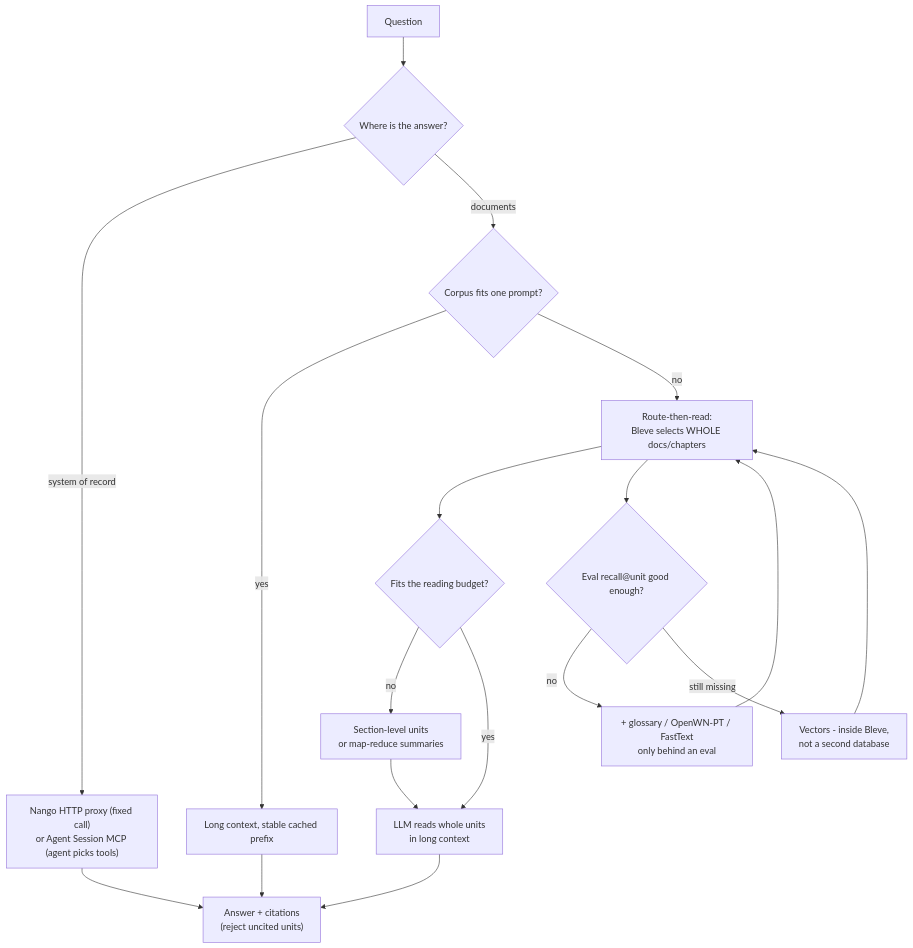
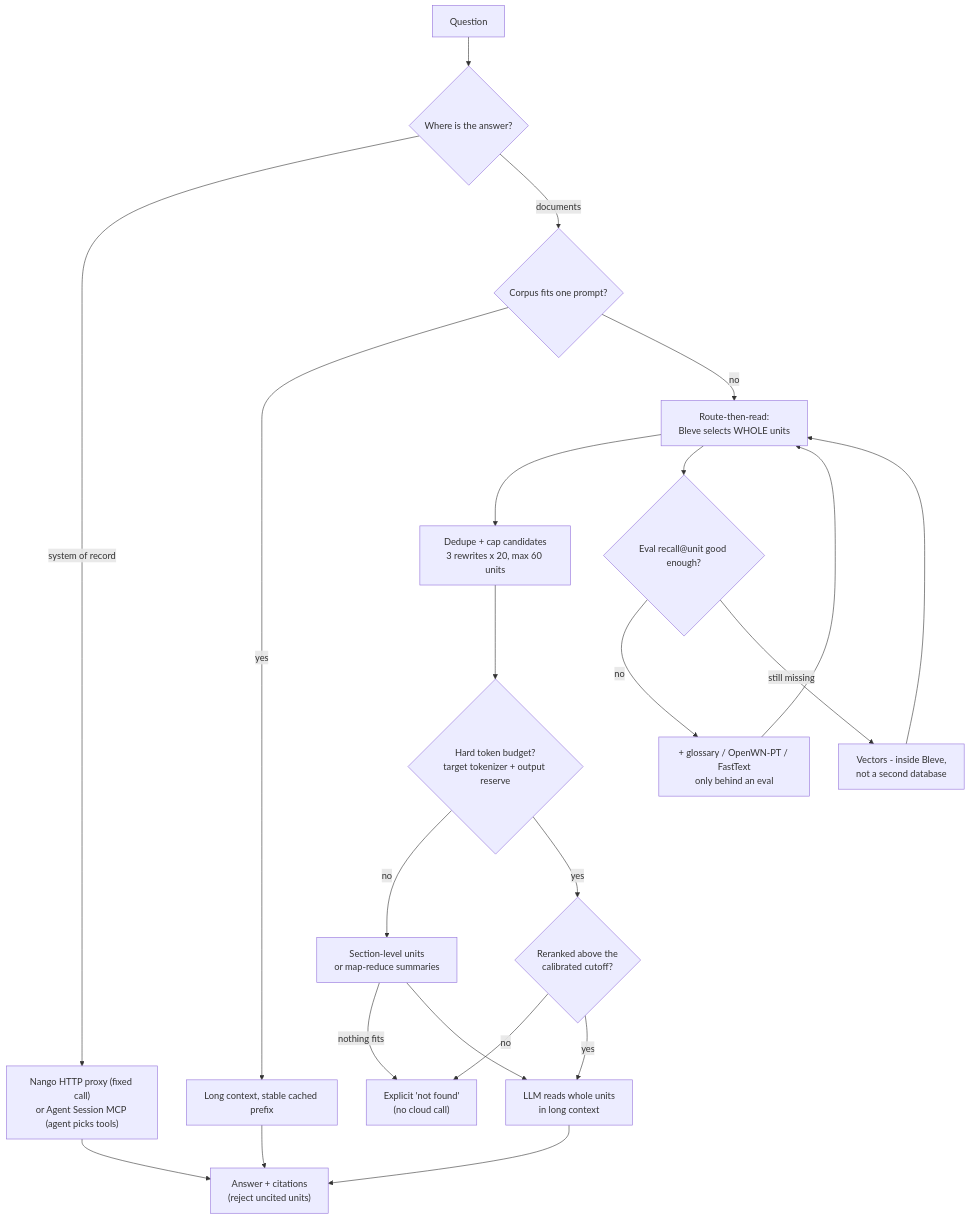
One commit to calionauta/turvez changed the seventh of 8 diagrams in docs/workflows.md. Above: the diagram before and after it, drawn with Mermaid. The commit also changed other lines of this file and 6 other files, not shown here.

````diff
--- a/docs/workflows.md
+++ b/docs/workflows.md
@@ -148,20 +148,24 @@
 ```mermaid
 flowchart TD
     Q["Question"] --> S{"Where is the answer?"}
     S -->|"system of record"| P["Nango HTTP proxy (fixed call)<br/>or Agent Session MCP (agent picks tools)"]
     S -->|"documents"| L{"Corpus fits one prompt?"}
     L -->|"yes"| LC["Long context, stable cached prefix"]
-    L -->|"no"| RT["Route-then-read:<br/>Bleve selects WHOLE docs/chapters"]
-    RT --> BUD{"Fits the reading budget?"}
+    L -->|"no"| RT["Route-then-read:<br/>Bleve selects WHOLE units"]
+    RT --> CAP["Dedupe + cap candidates<br/>3 rewrites x 20, max 60 units"]
+    CAP --> BUD{"Hard token budget?<br/>target tokenizer + output reserve"}
     BUD -->|"no"| SEC["Section-level units<br/>or map-reduce summaries"]
-    BUD -->|"yes"| READ["LLM reads whole units<br/>in long context"]
+    SEC -->|"nothing fits"| REF["Explicit 'not found'<br/>(no cloud call)"]
+    BUD -->|"yes"| REL{"Reranked above the<br/>calibrated cutoff?"}
+    REL -->|"no"| REF
+    REL -->|"yes"| READ["LLM reads whole units<br/>in long context"]
     SEC --> READ
     RT --> EV{"Eval recall@unit good enough?"}
     EV -->|"no"| WN["+ glossary / OpenWN-PT / FastText<br/>only behind an eval"]
     WN --> RT
     EV -->|"still missing"| VEC["Vectors - inside Bleve,<br/>not a second database"]
     VEC --> RT
     READ --> ANS["Answer + citations<br/>(reject uncited units)"]
     LC --> ANS
     P --> ANS
 ```
````
